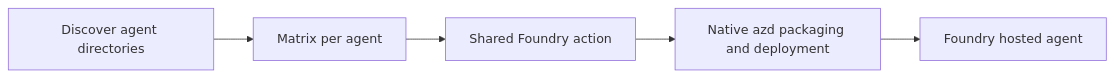
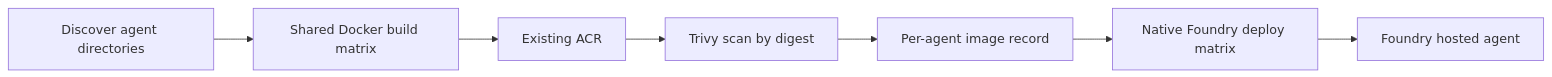
Before and after one commit to ai-platform-portfolio/agent-catalog: the diagram in README.md, drawn with Mermaid. The commit also changed other lines of this file and 1 other file, not shown here.

Commit message:
feat: build and deploy verified container digests (AI-236)

````diff
--- a/README.md
+++ b/README.md
@@ -54,7 +59,9 @@
 ```mermaid
 flowchart LR
-    Discover[Discover agent directories] --> Matrix[Matrix per agent]
-    Matrix --> Action[Shared Foundry action]
-    Action --> CLI[Native azd packaging and deployment]
-    CLI --> Foundry[Foundry hosted agent]
+    Discover[Discover agent directories] --> Build[Shared Docker build matrix]
+    Build --> ACR[Existing ACR]
+    ACR --> Scan[Trivy scan by digest]
+    Scan --> Record[Per-agent image record]
+    Record --> Deploy[Native Foundry deploy matrix]
+    Deploy --> Foundry[Foundry hosted agent]
 ```
````
